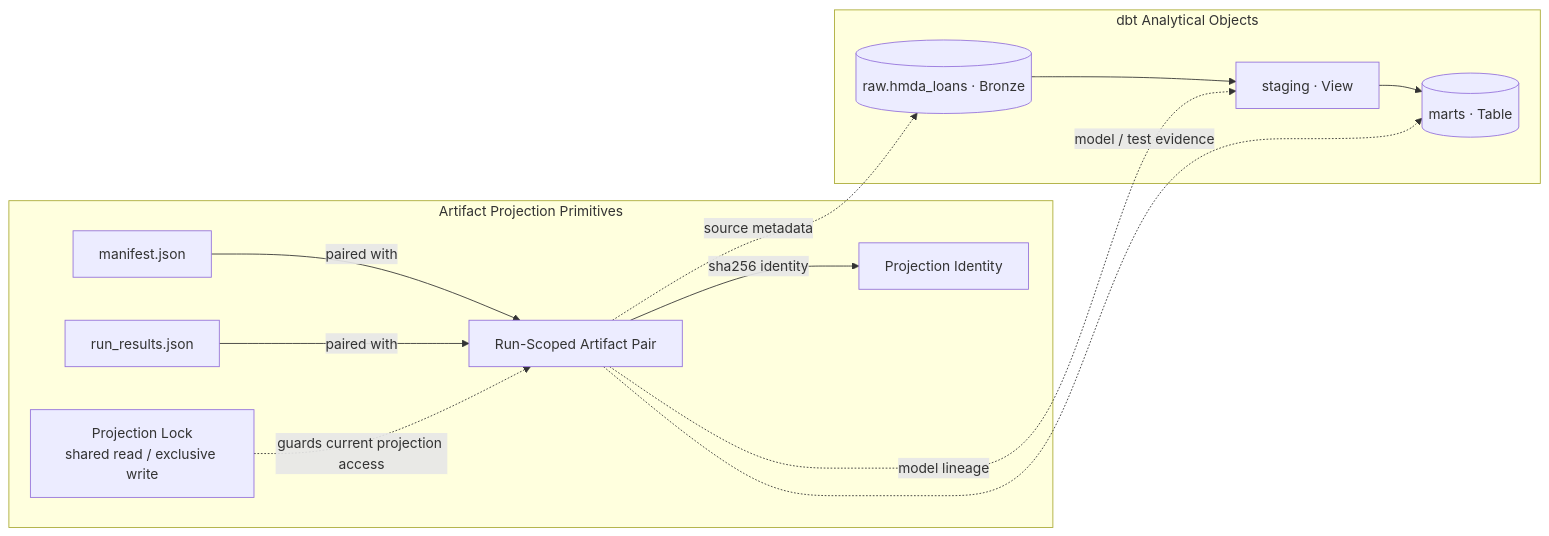
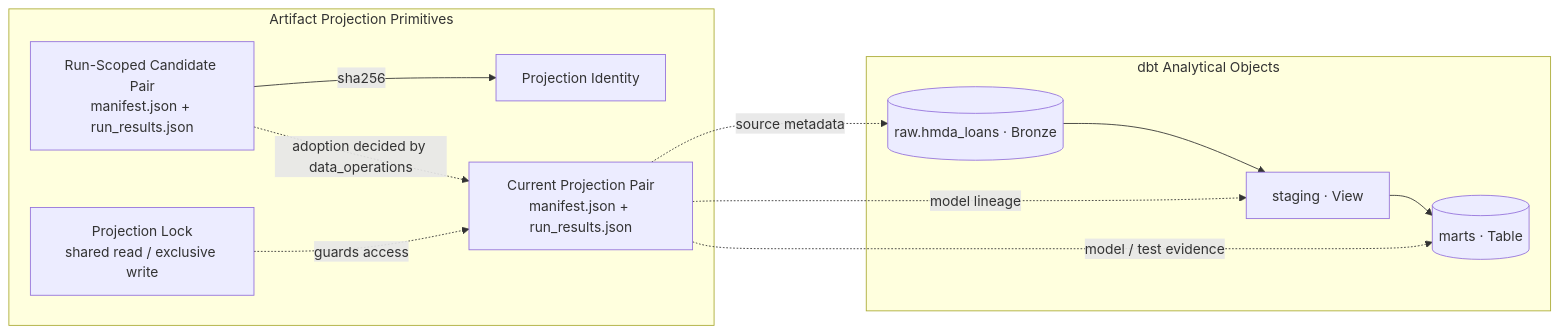
One commit to mols3131d/hmda-data-reliability changed the diagram in docs/domains/data-platform.md. Above: the diagram before and after it, drawn with Mermaid.

Commit message:
docs: separate candidate and current artifact projections

````diff
--- a/docs/domains/data-platform.md
+++ b/docs/domains/data-platform.md
@@ -19,17 +19,16 @@
 ```mermaid
 flowchart LR
     subgraph analytical_state ["dbt Analytical Objects"]
         bronze[("raw.hmda_loans · Bronze")] --> staging["staging · View"] --> mart[("marts · Table")]
     end
 
     subgraph projection ["Artifact Projection Primitives"]
-        manifest["manifest.json"] -->|paired with| pair["Run-Scoped Artifact Pair"]
-        results["run_results.json"] -->|paired with| pair
-        pair -->|sha256 identity| identity["Projection Identity"]
-        lock["Projection Lock<br/>shared read / exclusive write"] -.->|guards current projection access| pair
+        candidate["Run-Scoped Candidate Pair<br/>manifest.json + run_results.json"] -->|sha256| identity["Projection Identity"]
+        candidate -.->|adoption decided by data_operations| current["Current Projection Pair<br/>manifest.json + run_results.json"]
+        lock["Projection Lock<br/>shared read / exclusive write"] -.->|guards access| current
     end
 
-    pair -.->|source metadata| bronze
-    pair -.->|model lineage| staging
-    pair -.->|model / test evidence| mart
+    current -.->|source metadata| bronze
+    current -.->|model lineage| staging
+    current -.->|model / test evidence| mart
 ```
````
